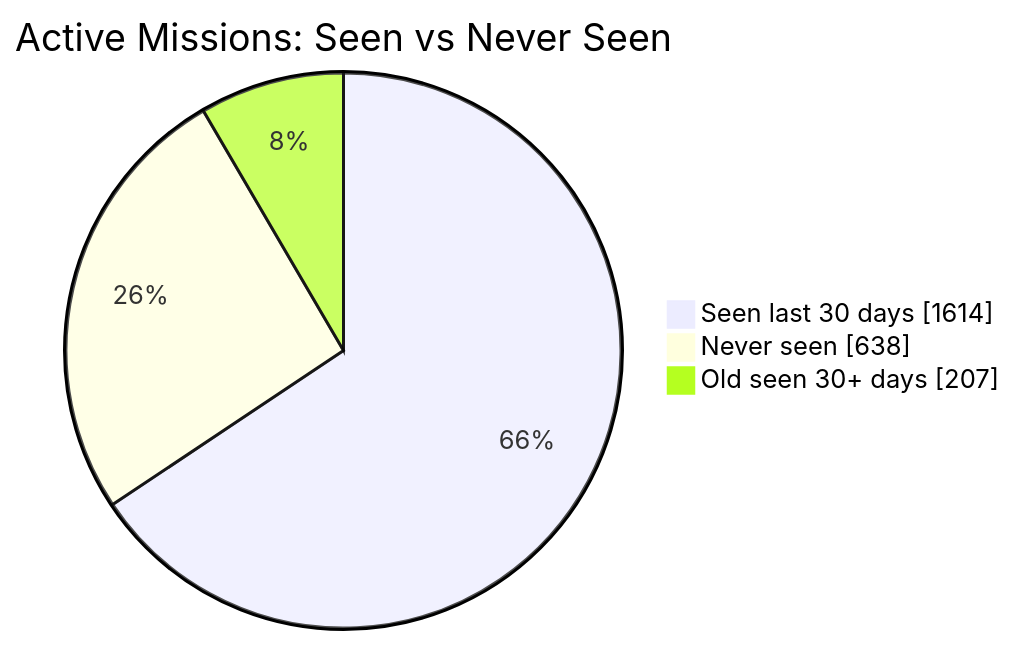
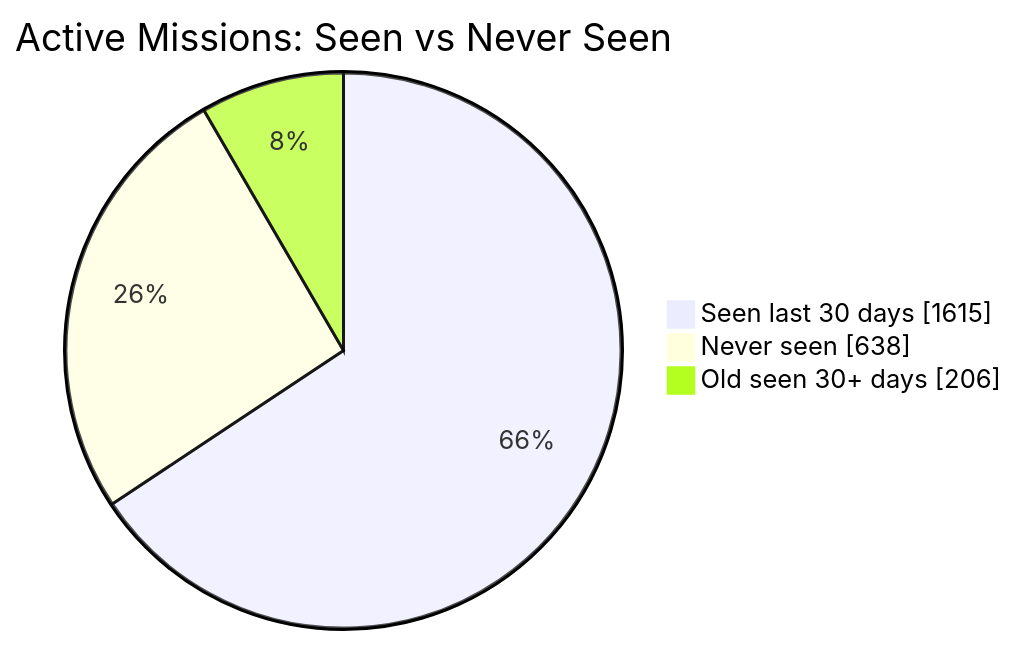
One commit to MeldkamerspelGameTeam/active-missions changed the first of 2 diagrams in README.md. Above: the diagram before and after it, drawn with Mermaid. The commit also changed other lines of this file and 3 other files, not shown here.

````diff
--- a/README.md
+++ b/README.md
@@ -34,7 +34,7 @@
 ```mermaid
 pie showData
     title Active Missions: Seen vs Never Seen
-    "Seen last 30 days" : 1614
+    "Seen last 30 days" : 1615
     "Never seen" : 638
-    "Old seen 30+ days" : 207
+    "Old seen 30+ days" : 206
 ```
````
